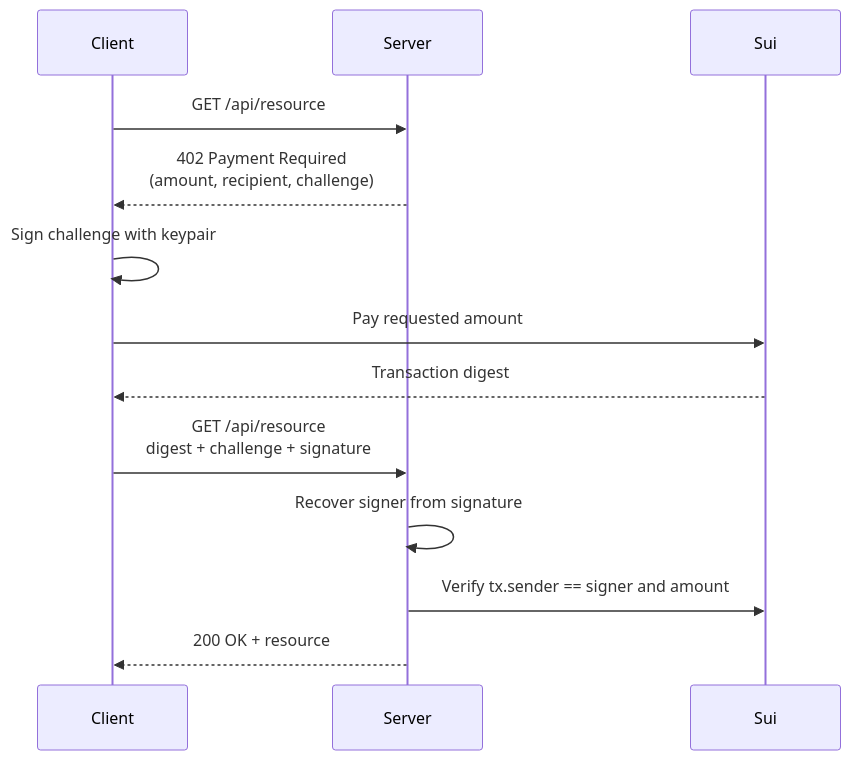
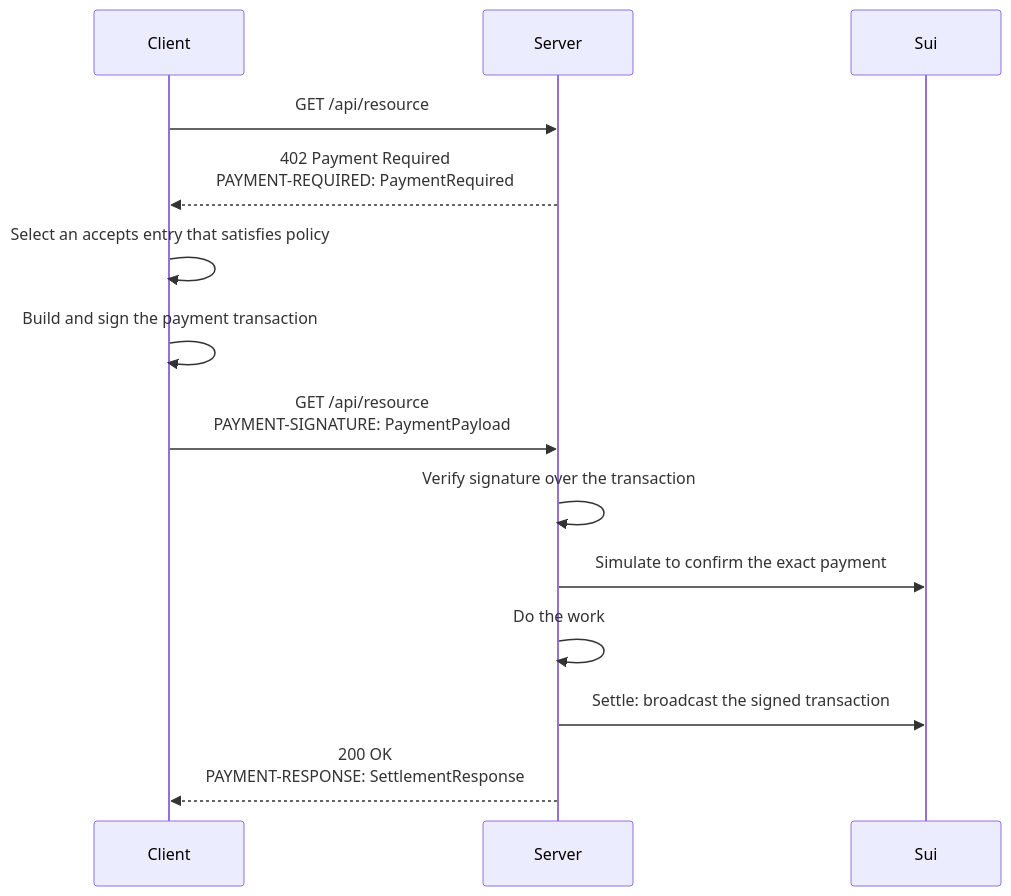
One commit to MystenLabs/sui changed the diagram in docs/content/onchain-finance/x402-pay-per-request.mdx. Above: the diagram before and after it, drawn with Mermaid. The commit also changed other lines of this file and 9 other files, not shown here.

````diff
--- a/docs/content/onchain-finance/x402-pay-per-request.mdx
+++ b/docs/content/onchain-finance/x402-pay-per-request.mdx
@@ -52,16 +58,17 @@
 ```mermaid
 sequenceDiagram
     participant Client
     participant Server
     participant Sui
 
     Client->>Server: GET /api/resource
-    Server-->>Client: 402 Payment Required<br/>(amount, recipient, challenge)
-    Client->>Client: Sign challenge with keypair
-    Client->>Sui: Pay requested amount
-    Sui-->>Client: Transaction digest
-    Client->>Server: GET /api/resource<br/>digest + challenge + signature
-    Server->>Server: Recover signer from signature
-    Server->>Sui: Verify tx.sender == signer and amount
-    Server-->>Client: 200 OK + resource
+    Server-->>Client: 402 Payment Required<br/>PAYMENT-REQUIRED: PaymentRequired
+    Client->>Client: Select an accepts entry that satisfies policy
+    Client->>Client: Build and sign the payment transaction
+    Client->>Server: GET /api/resource<br/>PAYMENT-SIGNATURE: PaymentPayload
+    Server->>Server: Verify signature over the transaction
+    Server->>Sui: Simulate to confirm the exact payment
+    Server->>Server: Do the work
+    Server->>Sui: Settle: broadcast the signed transaction
+    Server-->>Client: 200 OK<br/>PAYMENT-RESPONSE: SettlementResponse
 ```
````
